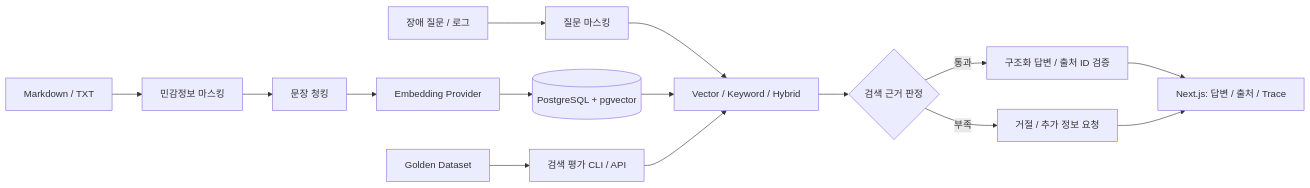
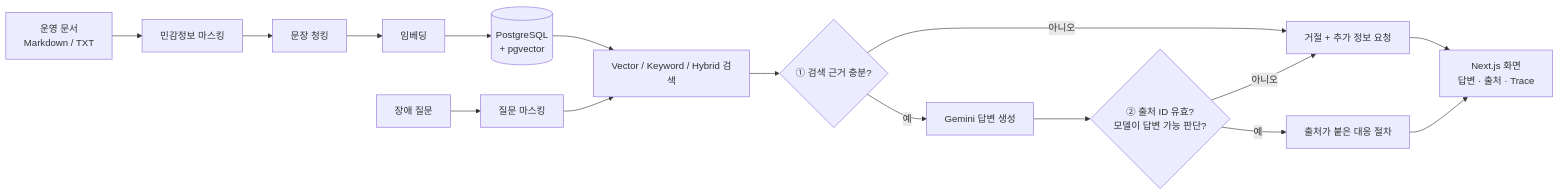
One commit to 100bee/lawg changed the diagram in README.md. Above: the diagram before and after it, drawn with Mermaid. The commit also changed other lines of this file, not shown here.

````diff
--- a/README.md
+++ b/README.md
@@ -52,17 +67,18 @@
 ```mermaid
 flowchart LR
-    D["Markdown / TXT"] --> M["민감정보 마스킹"]
+    D["운영 문서<br/>Markdown / TXT"] --> M["민감정보 마스킹"]
     M --> C["문장 청킹"]
-    C --> E["Embedding Provider"]
-    E --> P[("PostgreSQL + pgvector")]
-    Q["장애 질문 / 로그"] --> QM["질문 마스킹"]
-    QM --> R["Vector / Keyword / Hybrid"]
+    C --> E["임베딩"]
+    E --> P[("PostgreSQL<br/>+ pgvector")]
+    Q["장애 질문"] --> QM["질문 마스킹"]
+    QM --> R["Vector / Keyword / Hybrid 검색"]
     P --> R
-    R --> G{"검색 근거 판정"}
-    G -->|통과| L["구조화 답변 / 출처 ID 검증"]
-    G -->|부족| N["거절 / 추가 정보 요청"]
-    L --> U["Next.js: 답변 / 출처 / Trace"]
+    R --> G{"① 검색 근거 충분?"}
+    G -->|아니오| N["거절 + 추가 정보 요청"]
+    G -->|예| L["Gemini 답변 생성"]
+    L --> V{"② 출처 ID 유효?<br/>모델이 답변 가능 판단?"}
+    V -->|아니오| N
+    V -->|예| A["출처가 붙은 대응 절차"]
+    A --> U["Next.js 화면<br/>답변 · 출처 · Trace"]
     N --> U
-    T["Golden Dataset"] --> V["검색 평가 CLI / API"]
-    V --> R
 ```
````
